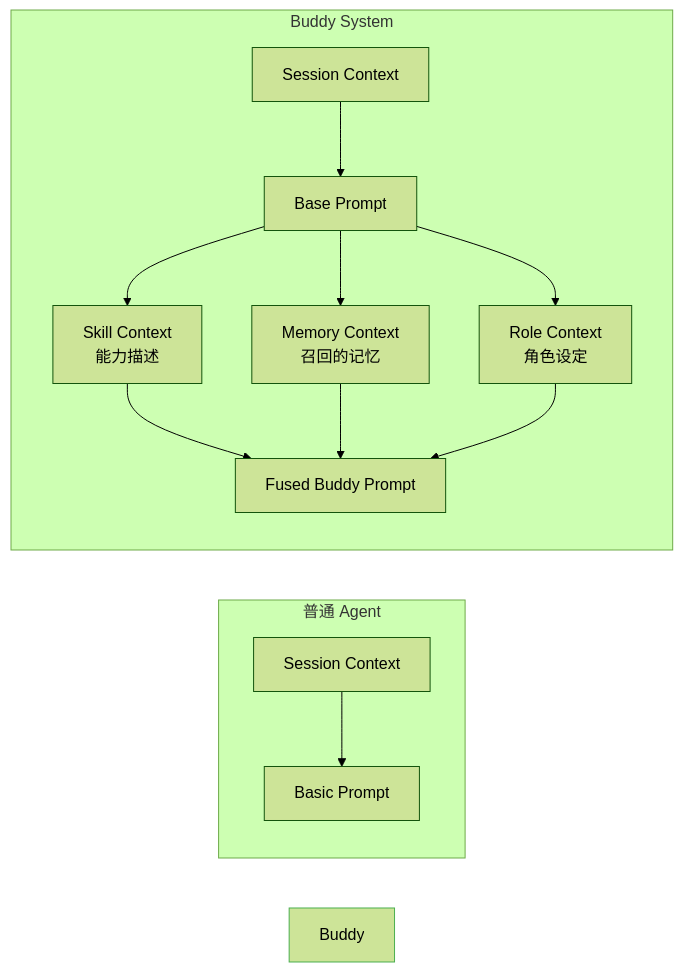
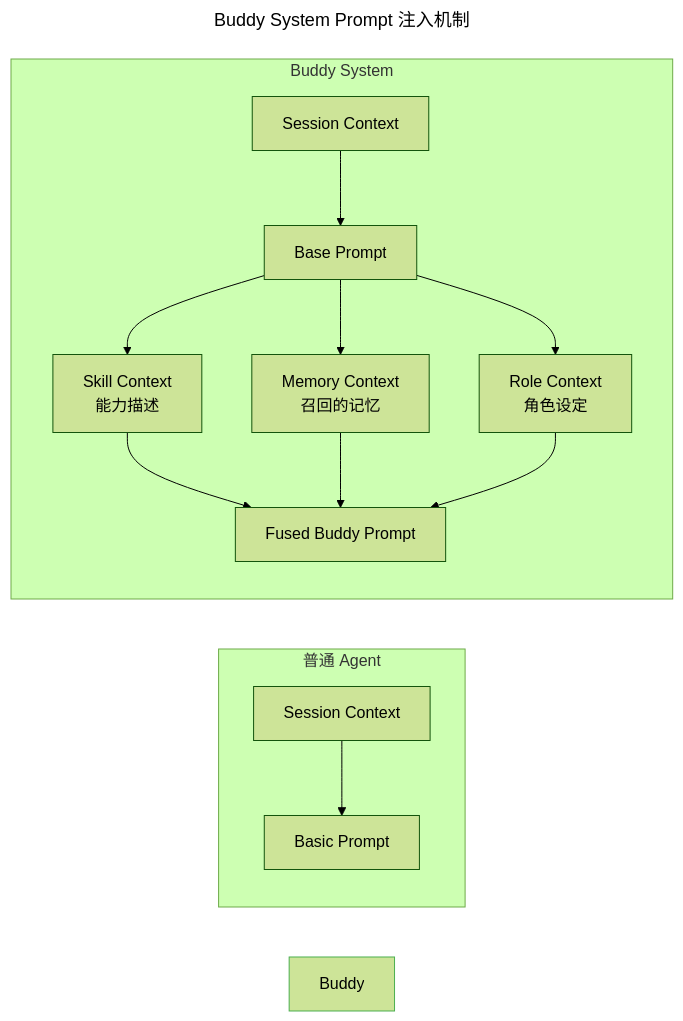
The third of 15 diagrams in docs/06-data-flow.md (Taotie2002/claude-code-deep-dive), drawn with Mermaid (forest theme) before and after one commit. The commit also changed other lines of this file and 12 other files, not shown here.

````diff
--- a/docs/06-data-flow.md
+++ b/docs/06-data-flow.md
@@ -49,16 +55,19 @@
 ```mermaid
+---
+title: Buddy System Prompt 注入机制
+---
 flowchart LR
     subgraph 普通 Agent
         A1[Session Context] --> B1[Basic Prompt]
     end
 
     subgraph Buddy System
         A2[Session Context] --> B2[Base Prompt]
         B2 --> C2[Skill Context<br/>能力描述]
         B2 --> D2[Memory Context<br/>召回的记忆]
         B2 --> E2[Role Context<br/>角色设定]
         C2 & D2 & E2 --> F2[Fused Buddy Prompt]
     end
 
     style Buddy System fill:#e8f5e9,stroke:#4caf50
 ```
````
